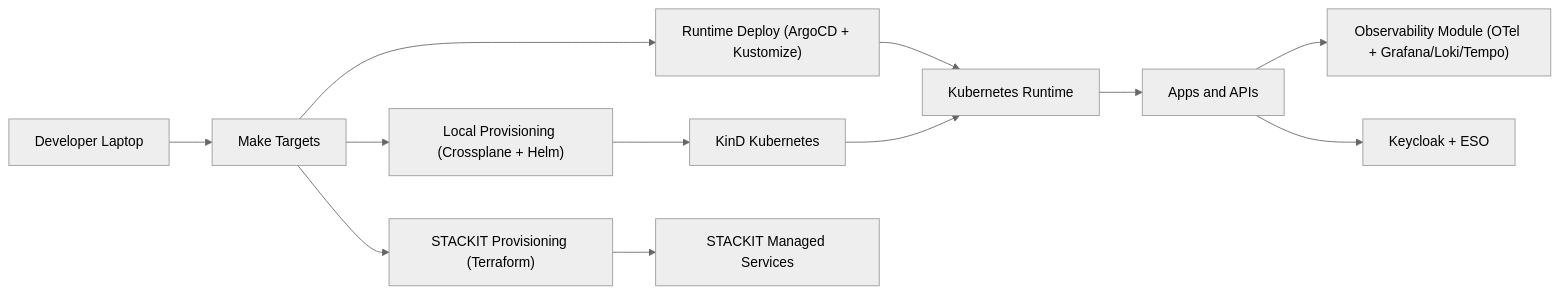
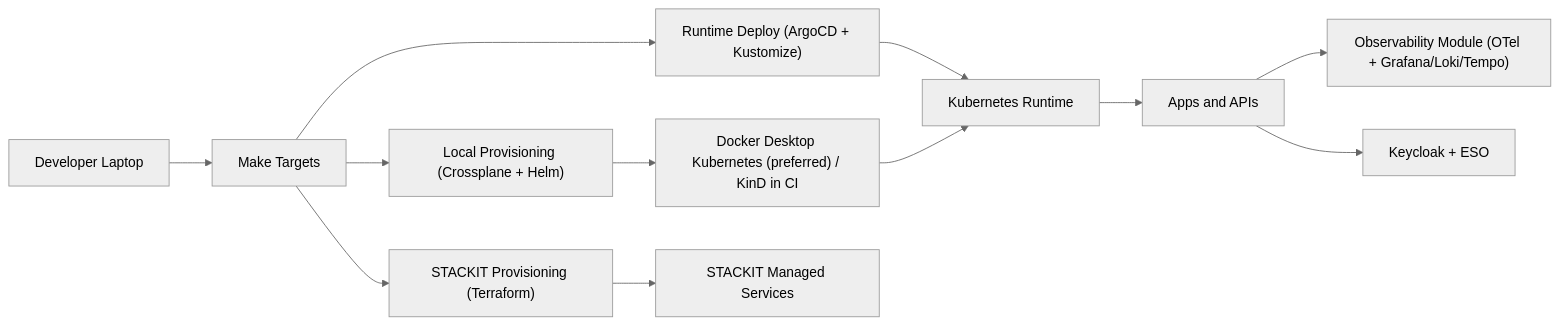
One commit to sbonoc/stackit-platform-blueprint changed the diagram in scripts/templates/blueprint/bootstrap/docs/blueprint/architecture/system_overview.md. Above: the diagram before and after it, drawn with Mermaid (neutral theme). The commit also changed 23 other files, not shown here.

````diff
--- a/scripts/templates/blueprint/bootstrap/docs/blueprint/architecture/system_overview.md
+++ b/scripts/templates/blueprint/bootstrap/docs/blueprint/architecture/system_overview.md
@@ -3,14 +3,14 @@
 ```mermaid
 flowchart LR
   Dev["Developer Laptop"] --> Make["Make Targets"]
   Make --> LocalProv["Local Provisioning (Crossplane + Helm)"]
   Make --> StackitProv["STACKIT Provisioning (Terraform)"]
   Make --> GitOps["Runtime Deploy (ArgoCD + Kustomize)"]
-  LocalProv --> LocalK8s["KinD Kubernetes"]
+  LocalProv --> LocalK8s["Docker Desktop Kubernetes (preferred) / KinD in CI"]
   StackitProv --> Stackit["STACKIT Managed Services"]
   GitOps --> K8s["Kubernetes Runtime"]
   LocalK8s --> K8s
   K8s --> Apps["Apps and APIs"]
   Apps --> Obs["Observability Module (OTel + Grafana/Loki/Tempo)"]
   Apps --> Sec["Keycloak + ESO"]
 ```
````
